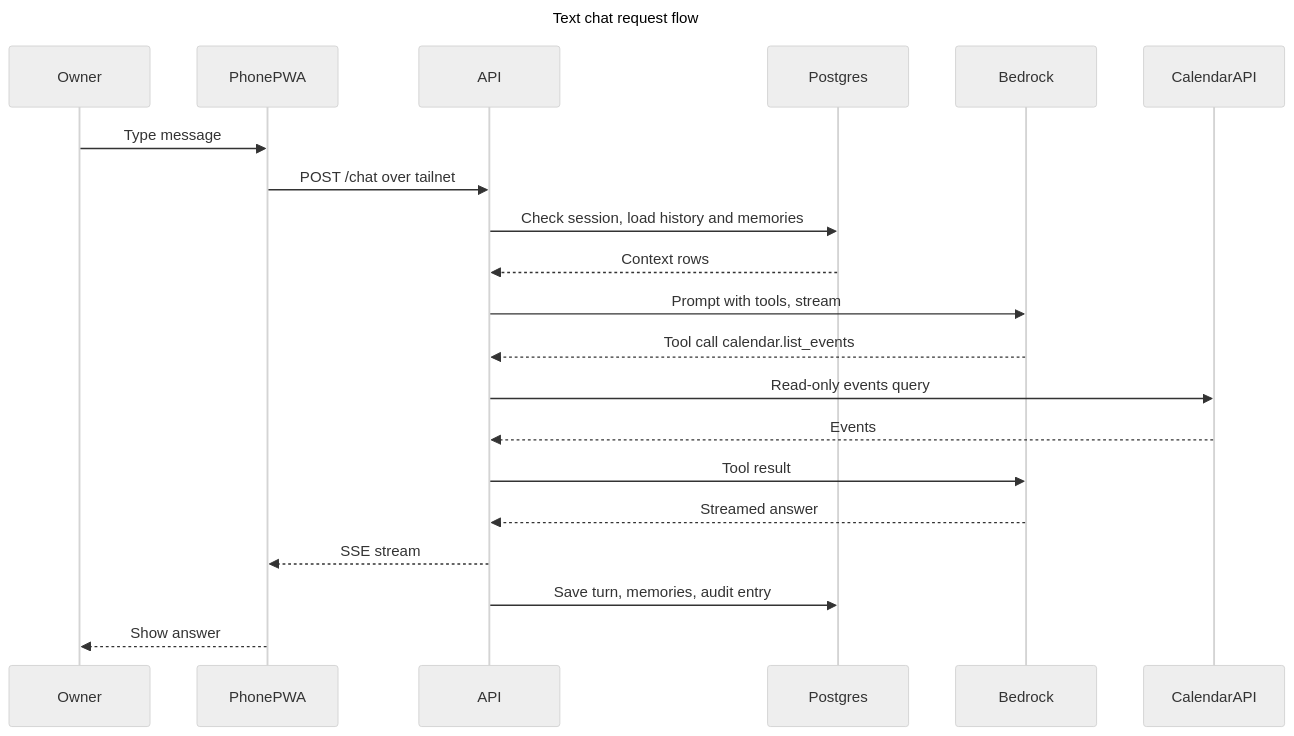
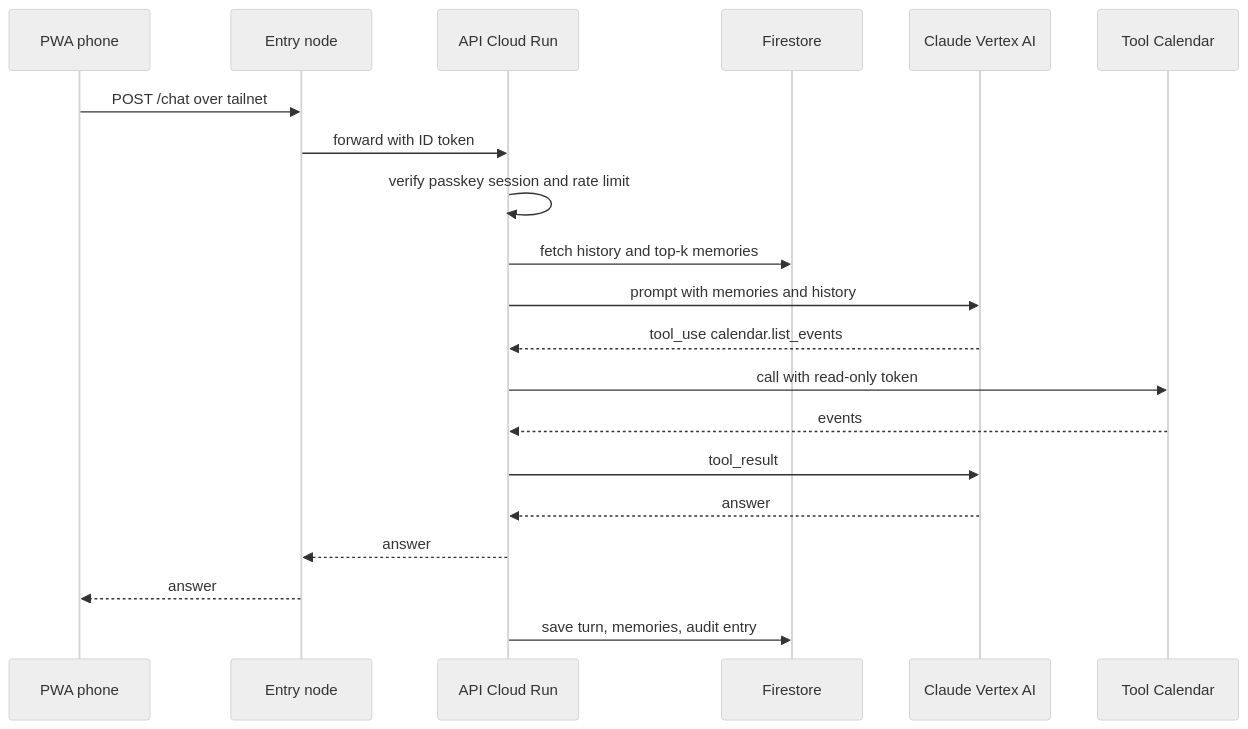
One commit to SharoffNIKHIL/Weekend2.0 changed the diagram in docs/diagrams/02-text-chat-flow.mmd. Above: the diagram before and after it, drawn with Mermaid (neutral theme). The commit also changed 91 other files, not shown here.

First line of the commit message:
feat(gcp)!: move Weekend 2.0 from AWS to Google Cloud (D4 decided)

```diff
--- a/docs/diagrams/02-text-chat-flow.mmd
+++ b/docs/diagrams/02-text-chat-flow.mmd
@@ -1,22 +1,21 @@
-%% Weekend 2.0 - Text chat request flow. FigJam: https://www.figma.com/board/pMvZioGximavxDcsD14Ee9
+%% Weekend 2.0 - Text chat request flow on Google Cloud (DESIGN.md section 5.3, v0.2.0)
 sequenceDiagram
-  title Text chat request flow
-  participant Owner
-  participant PhonePWA
-  participant API
-  participant Postgres
-  participant Bedrock
-  participant CalendarAPI
-  Owner->>PhonePWA: Type message
-  PhonePWA->>API: POST /chat over tailnet
-  API->>Postgres: Check session, load history and memories
-  Postgres-->>API: Context rows
-  API->>Bedrock: Prompt with tools, stream
-  Bedrock-->>API: Tool call calendar.list_events
-  API->>CalendarAPI: Read-only events query
-  CalendarAPI-->>API: Events
-  API->>Bedrock: Tool result
-  Bedrock-->>API: Streamed answer
-  API-->>PhonePWA: SSE stream
-  API->>Postgres: Save turn, memories, audit entry
-  PhonePWA-->>Owner: Show answer
+  participant P as PWA phone
+  participant N as Entry node
+  participant A as API Cloud Run
+  participant M as Firestore
+  participant L as Claude Vertex AI
+  participant T as Tool Calendar
+  P->>N: POST /chat over tailnet
+  N->>A: forward with ID token
+  A->>A: verify passkey session and rate limit
+  A->>M: fetch history and top-k memories
+  A->>L: prompt with memories and history
+  L-->>A: tool_use calendar.list_events
+  A->>T: call with read-only token
+  T-->>A: events
+  A->>L: tool_result
+  L-->>A: answer
+  A-->>N: answer
+  N-->>P: answer
+  A->>M: save turn, memories, audit entry
```
